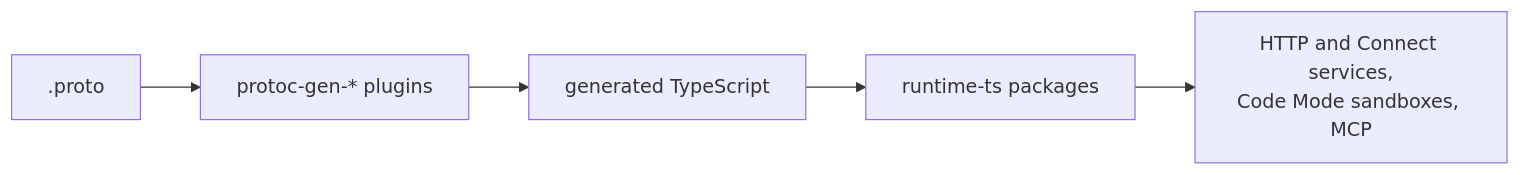
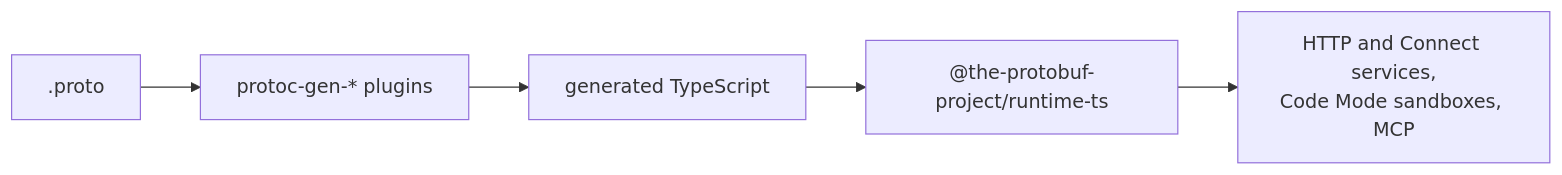
The diagram in README.md (the-protobuf-project/runtime-ts), drawn with Mermaid before and after one commit. The commit also changed other lines of this file and 42 other files, not shown here.

````diff
--- a/README.md
+++ b/README.md
@@ -17,7 +17,7 @@
 ```mermaid
 flowchart LR
     proto[".proto"] --> plugins["protoc-gen-* plugins"]
     plugins --> gen["generated TypeScript"]
-    gen --> rt["runtime-ts packages"]
+    gen --> rt["@the-protobuf-project/runtime-ts"]
     rt --> out["HTTP and Connect services,<br/>Code Mode sandboxes, MCP"]
 ```
````
